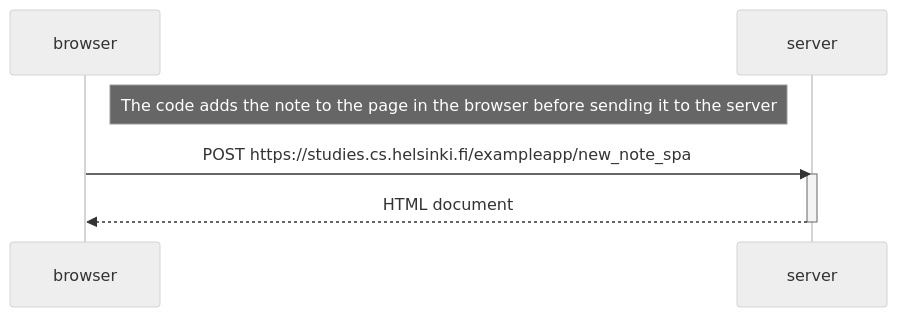
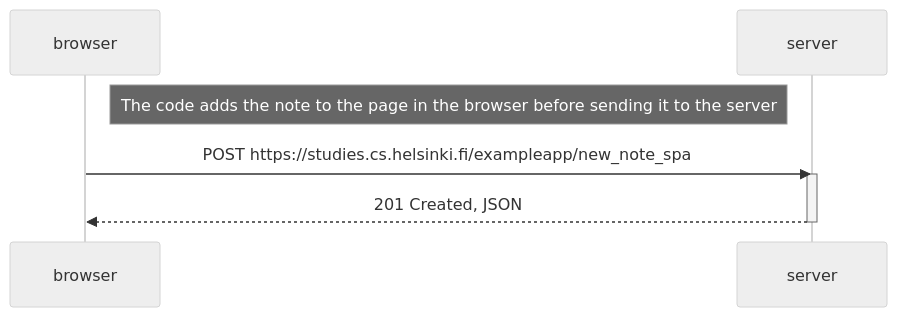
Before and after one commit to loota/fullstackopen: the diagram in osa0/0.6-uusi-muistiinpano.md, drawn with Mermaid (neutral theme).

Commit message:
Update 0.6-uusi-muistiinpano.md
Ei html vaan json

````diff
--- a/osa0/0.6-uusi-muistiinpano.md
+++ b/osa0/0.6-uusi-muistiinpano.md
@@ -2,13 +2,13 @@
 ```mermaid
 sequenceDiagram
     participant browser
     participant server
 
     Note right of browser: The code adds the note to the page in the browser before sending it to the server
     
     browser->>server: POST https://studies.cs.helsinki.fi/exampleapp/new_note_spa
     activate server
-    server-->>browser: HTML document
+    server-->>browser: 201 Created, JSON
     deactivate server
 
 ```
````
